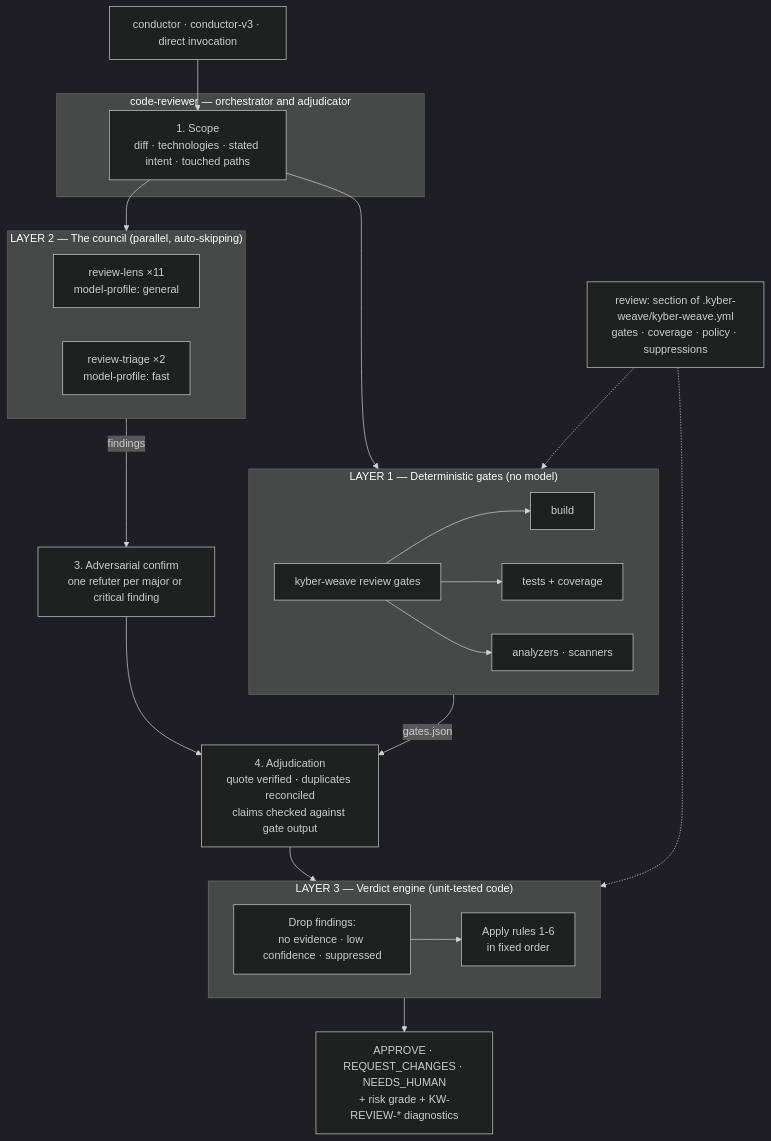
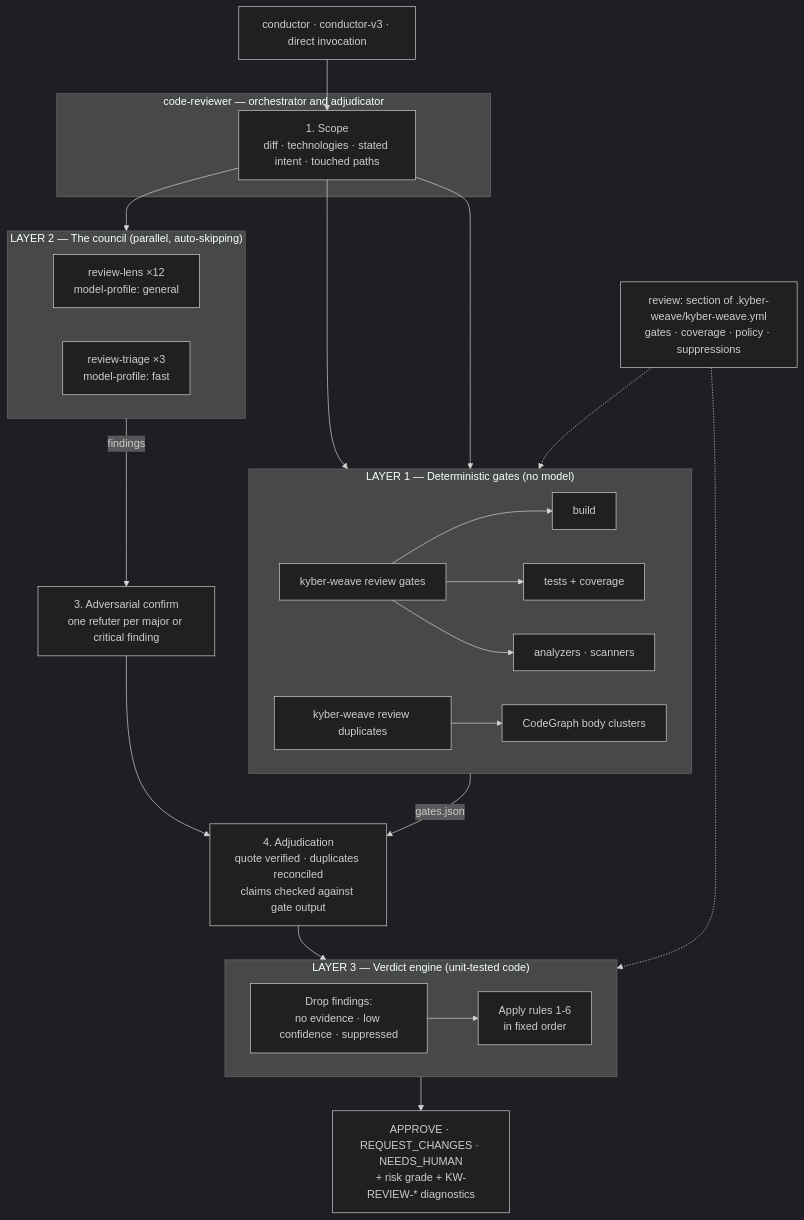
One commit to dpalfery/kyber-weave changed the first of 4 diagrams in docs/code-review/architecture.md. Above: the diagram before and after it, drawn with Mermaid (dark theme). The commit also changed other lines of this file and 73 other files, not shown here.

First line of the commit message:
feat: Add duplicate detection lens and command for code review

````diff
--- a/docs/code-review/architecture.md
+++ b/docs/code-review/architecture.md
@@ -36,39 +36,41 @@
 ```mermaid
 flowchart TD
     Cfg["review: section of .kyber-weave/kyber-weave.yml<br/>gates · coverage · policy · suppressions"]
     Caller["conductor · conductor-v3 · direct invocation"] --> Scope
 
     subgraph CR["code-reviewer — orchestrator and adjudicator"]
         Scope["1. Scope<br/>diff · technologies · stated intent · touched paths"]
     end
 
     Scope --> GR
+    Scope --> DG
     Scope --> Council
 
     subgraph Gates["LAYER 1 — Deterministic gates (no model)"]
         direction LR
         GR["kyber-weave review gates"] --> G1["build"] & G2["tests + coverage"] & G3["analyzers · scanners"]
+        DG["kyber-weave review duplicates"] --> G4["CodeGraph body clusters"]
     end
 
     subgraph Council["LAYER 2 — The council (parallel, auto-skipping)"]
         direction LR
-        RL["review-lens ×11<br/>model-profile: general"]
-        RT["review-triage ×2<br/>model-profile: fast"]
+        RL["review-lens ×12<br/>model-profile: general"]
+        RT["review-triage ×3<br/>model-profile: fast"]
     end
 
     Council -->|"findings"| Confirm["3. Adversarial confirm<br/>one refuter per major or critical finding"]
     Confirm --> Adjudicate
     Gates -->|"gates.json"| Adjudicate
 
     Adjudicate["4. Adjudication<br/>quote verified · duplicates reconciled<br/>claims checked against gate output"] --> VE
 
     subgraph VE["LAYER 3 — Verdict engine (unit-tested code)"]
         direction LR
         Drop["Drop findings:<br/>no evidence · low confidence · suppressed"] --> Rules["Apply rules 1-6<br/>in fixed order"]
     end
 
     VE --> Out["APPROVE · REQUEST_CHANGES · NEEDS_HUMAN<br/>+ risk grade + KW-REVIEW-* diagnostics"]
 
     Cfg -.-> Gates
     Cfg -.-> VE
 ```
````
